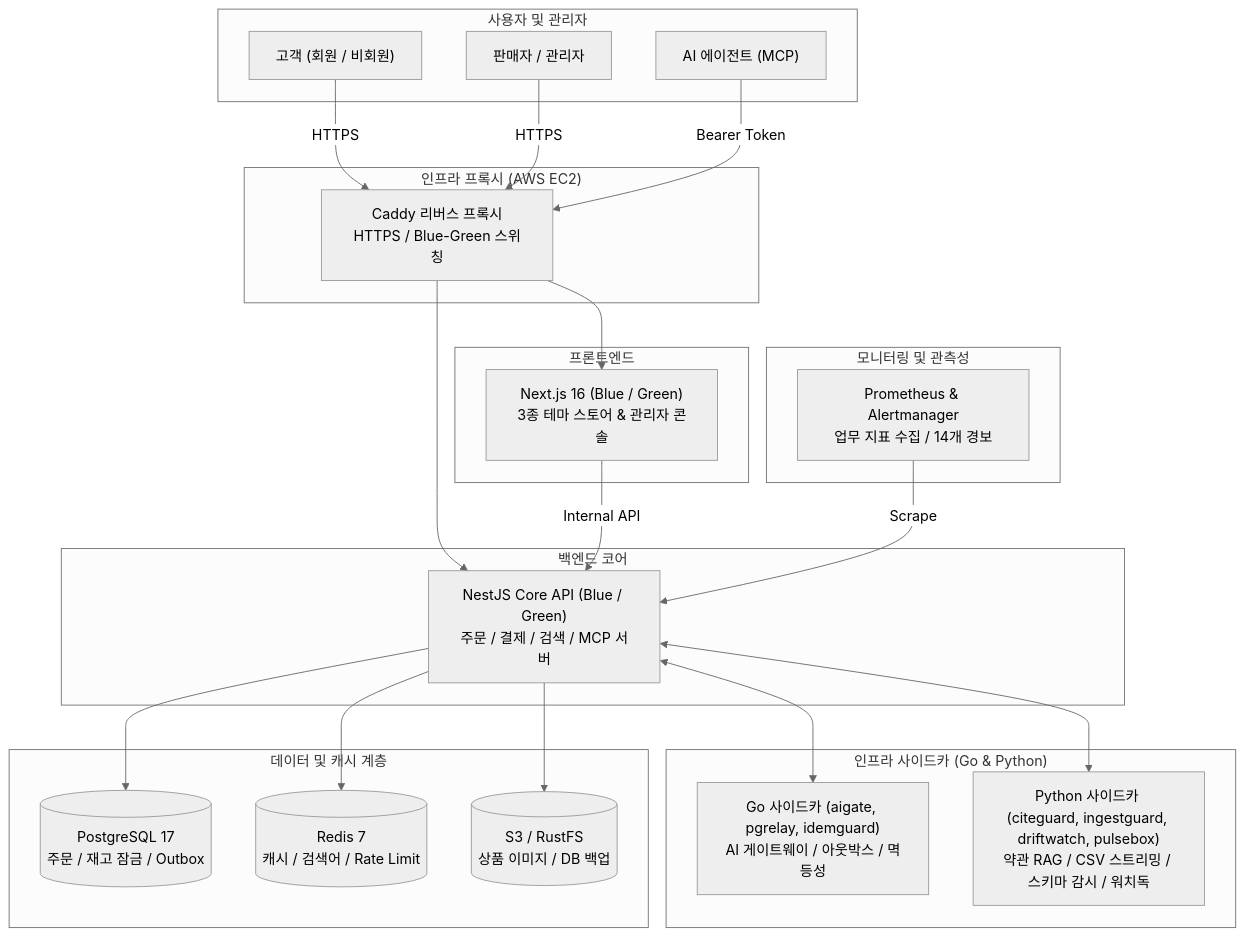
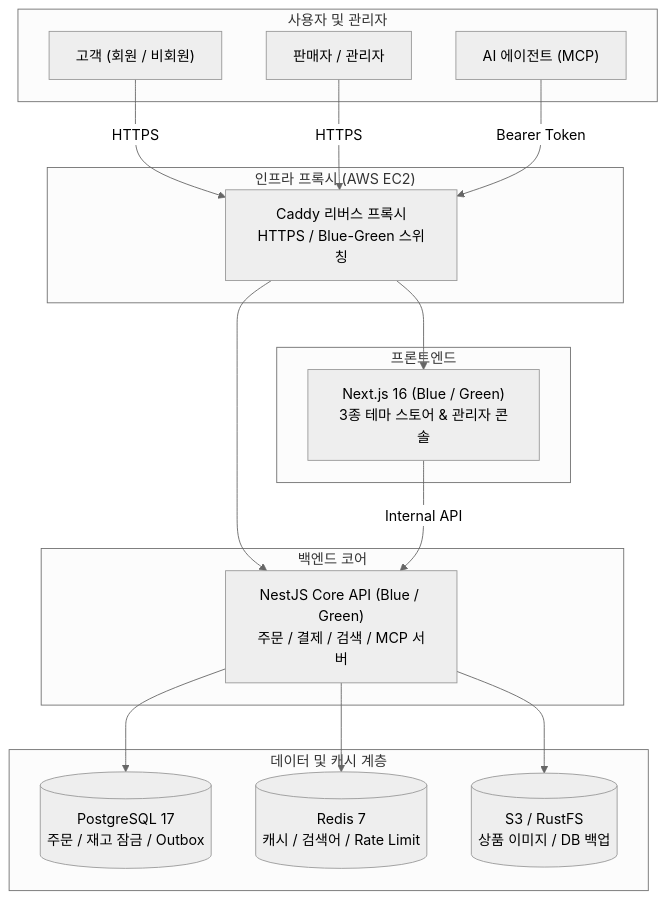
The first of 2 diagrams in README.md (seungwoo7050/node-order), drawn with Mermaid (neutral theme) before and after one commit. The commit also changed other lines of this file, not shown here.

````diff
--- a/README.md
+++ b/README.md
@@ -42,51 +45,37 @@
 ```mermaid
 flowchart TD
     subgraph Client["사용자 및 관리자"]
         User["고객 (회원 / 비회원)"]
         Admin["판매자 / 관리자"]
         Agent["AI 에이전트 (MCP)"]
     end
 
     subgraph Edge["인프라 프록시 (AWS EC2)"]
         Caddy["Caddy 리버스 프록시\nHTTPS / Blue-Green 스위칭"]
     end
 
     subgraph Frontend["프론트엔드"]
         WebSlot["Next.js 16 (Blue / Green)\n3종 테마 스토어 & 관리자 콘솔"]
     end
 
     subgraph Backend["백엔드 코어"]
         ApiSlot["NestJS Core API (Blue / Green)\n주문 / 결제 / 검색 / MCP 서버"]
     end
 
-    subgraph Sidecar["인프라 사이드카 (Go & Python)"]
-        GoSidecars["Go 사이드카 (aigate, pgrelay, idemguard)\nAI 게이트웨이 / 아웃박스 / 멱등성"]
-        PySidecars["Python 사이드카 (citeguard, ingestguard, driftwatch, pulsebox)\n약관 RAG / CSV 스트리밍 / 스키마 감시 / 워치독"]
-    end
-
     subgraph Data["데이터 및 캐시 계층"]
         PG[("PostgreSQL 17\n주문 / 재고 잠금 / Outbox")]
         Redis[("Redis 7\n캐시 / 검색어 / Rate Limit")]
         Storage[("S3 / RustFS\n상품 이미지 / DB 백업")]
-    end
-
-    subgraph Ops["모니터링 및 관측성"]
-        Prom["Prometheus & Alertmanager\n업무 지표 수집 / 14개 경보"]
     end
 
     User -->|HTTPS| Caddy
     Admin -->|HTTPS| Caddy
     Agent -->|Bearer Token| Caddy
     Caddy --> WebSlot
     Caddy --> ApiSlot
 
     WebSlot -->|Internal API| ApiSlot
     ApiSlot --> PG
     ApiSlot --> Redis
     ApiSlot --> Storage
-
-    ApiSlot <--> GoSidecars
-    ApiSlot <--> PySidecars
-
-    Prom -->|Scrape| ApiSlot
 ```
````
